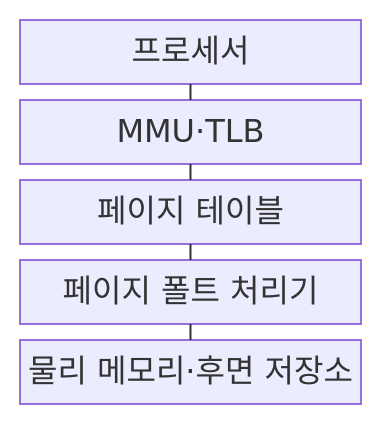
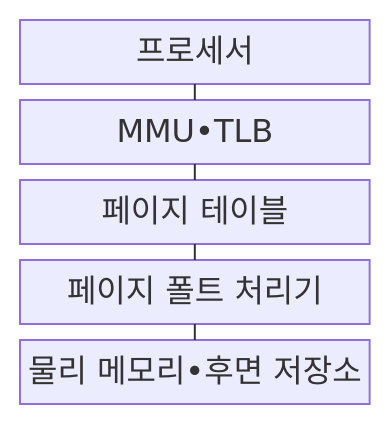
One commit to agnusdei1207/knowledge-base changed the first of 2 diagrams in src/content/docs/notes/03-software/015_virtual_memory.md. Above: the diagram before and after it, drawn with Mermaid. The commit also changed other lines of this file and 953 other files, not shown here.

````diff
--- a/src/content/docs/notes/03-software/015_virtual_memory.md
+++ b/src/content/docs/notes/03-software/015_virtual_memory.md
@@ -68,13 +68,13 @@
 ```mermaid
 block
     columns 1
     C["프로세서"]
-    M["MMU·TLB"]
+    M["MMU•TLB"]
     T["페이지 테이블"]
     F["페이지 폴트 처리기"]
-    P["물리 메모리·후면 저장소"]
+    P["물리 메모리•후면 저장소"]
     C --- M
     M --- T
     T --- F
     F --- P
 ```
````
